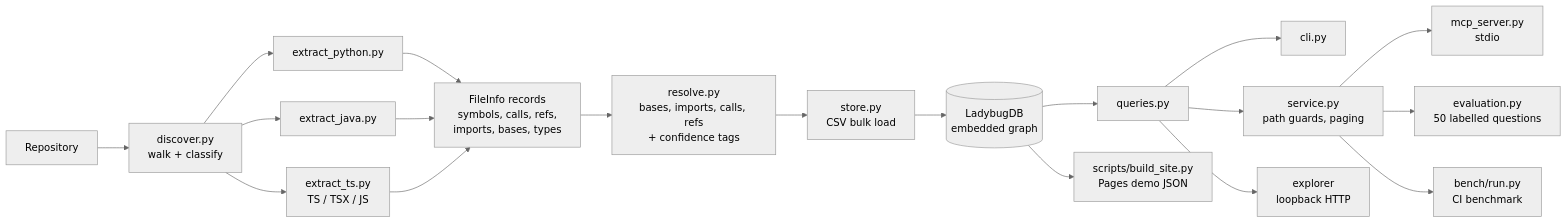
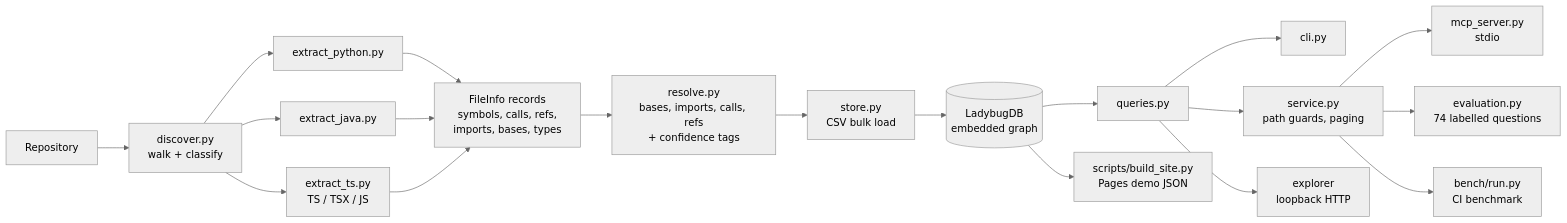
Before and after one commit to muhib-karim/codegraph: the diagram in README.md, drawn with Mermaid (neutral theme). The commit also changed other lines of this file and 25 other files, not shown here.

First line of the commit message:
v1.2: fold dependency-bot updates + TS/JS evaluation questions (#16)

````diff
--- a/README.md
+++ b/README.md
@@ -172,19 +172,19 @@
 ```mermaid
 flowchart LR
     R[Repository] --> D[discover.py<br/>walk + classify]
     D --> PY[extract_python.py]
     D --> JV[extract_java.py]
     D --> TS[extract_ts.py<br/>TS / TSX / JS]
     PY & JV & TS --> FI[FileInfo records<br/>symbols, calls, refs,<br/>imports, bases, types]
     FI --> RS[resolve.py<br/>bases, imports, calls, refs<br/>+ confidence tags]
     RS --> ST[store.py<br/>CSV bulk load]
     ST --> G[(LadybugDB<br/>embedded graph)]
     G --> Q[queries.py]
     Q --> CLI[cli.py]
     Q --> SV[service.py<br/>path guards, paging]
     SV --> MCP[mcp_server.py<br/>stdio]
     Q --> EX[explorer<br/>loopback HTTP]
-    SV --> EV[evaluation.py<br/>50 labelled questions]
+    SV --> EV[evaluation.py<br/>74 labelled questions]
     SV --> BN[bench/run.py<br/>CI benchmark]
     G --> SITE[scripts/build_site.py<br/>Pages demo JSON]
 ```
````
